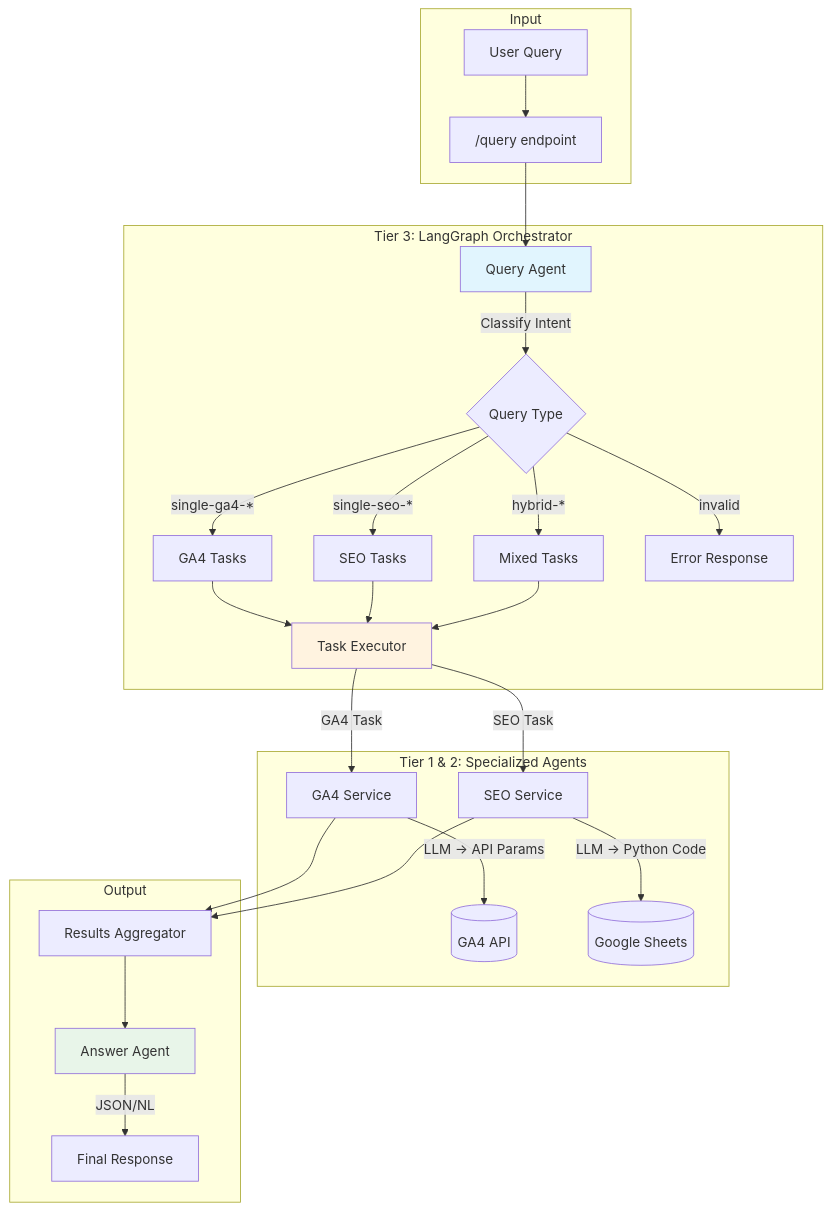
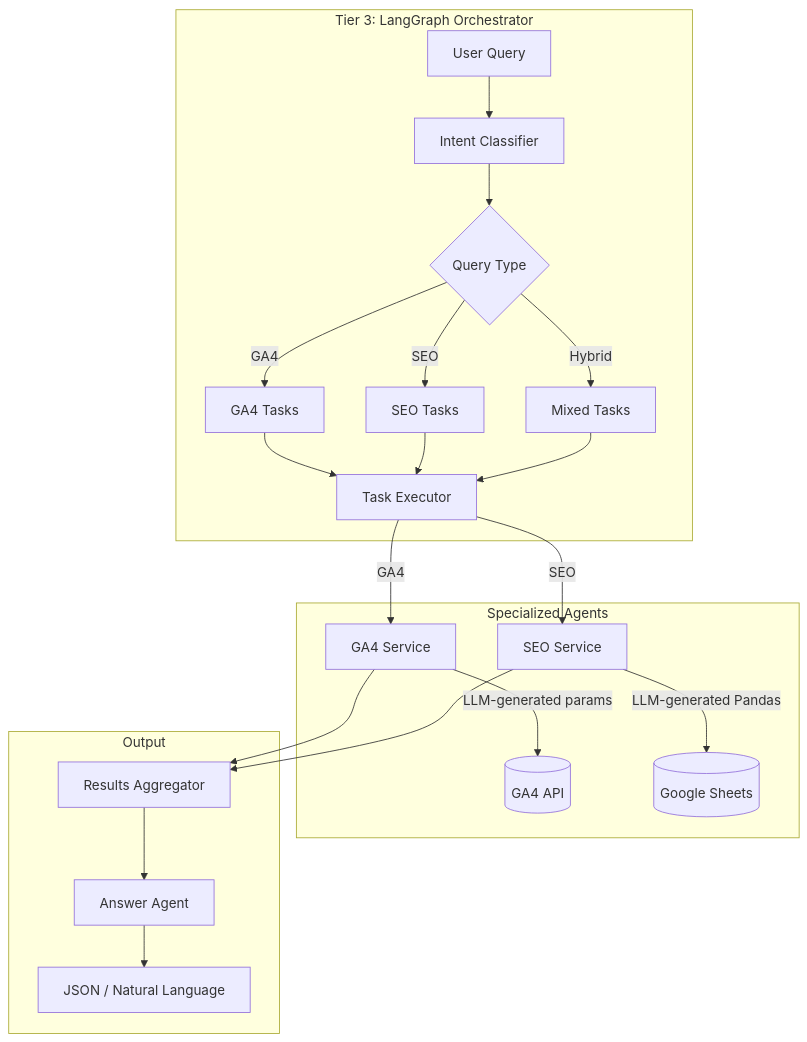
Before and after one commit to Akasxh/web-diagnostics-orchestration: the diagram in README.md, drawn with Mermaid. The commit also changed other lines of this file, not shown here.

````diff
--- a/README.md
+++ b/README.md
@@ -77,38 +5,27 @@
 ```mermaid
 flowchart TB
-    subgraph Input
-        A[User Query] --> B["/query endpoint"]
+    subgraph Orchestrator["Tier 3: LangGraph Orchestrator"]
+        A[User Query] --> B[Intent Classifier]
+        B --> C{Query Type}
+        C -->|GA4| D[GA4 Tasks]
+        C -->|SEO| E[SEO Tasks]
+        C -->|Hybrid| F[Mixed Tasks]
+        D --> G[Task Executor]
+        E --> G
+        F --> G
     end
-    
-    subgraph Orchestration["Tier 3: LangGraph Orchestrator"]
-        B --> C[Query Agent]
-        C -->|"Classify Intent"| D{Query Type}
-        D -->|single-ga4-*| E[GA4 Tasks]
-        D -->|single-seo-*| F[SEO Tasks]
-        D -->|hybrid-*| G[Mixed Tasks]
-        D -->|invalid| H[Error Response]
-        
-        E --> I[Task Executor]
-        F --> I
-        G --> I
+
+    subgraph Agents["Specialized Agents"]
+        G -->|GA4| H[GA4 Service]
+        G -->|SEO| I[SEO Service]
+        H -->|LLM-generated params| J[(GA4 API)]
+        I -->|LLM-generated Pandas| K[(Google Sheets)]
     end
-    
-    subgraph Agents["Tier 1 & 2: Specialized Agents"]
-        I -->|GA4 Task| J[GA4 Service]
-        I -->|SEO Task| K[SEO Service]
-        
-        J -->|"LLM → API Params"| L[(GA4 API)]
-        K -->|"LLM → Python Code"| M[(Google Sheets)]
+
+    subgraph Output
+        H --> L[Results Aggregator]
+        I --> L
+        L --> M[Answer Agent]
+        M --> N[JSON / Natural Language]
     end
-    
-    subgraph Output
-        J --> N[Results Aggregator]
-        K --> N
-        N --> O[Answer Agent]
-        O -->|JSON/NL| P[Final Response]
-    end
-    
-    style C fill:#e1f5fe
-    style I fill:#fff3e0
-    style O fill:#e8f5e9
 ```
````
